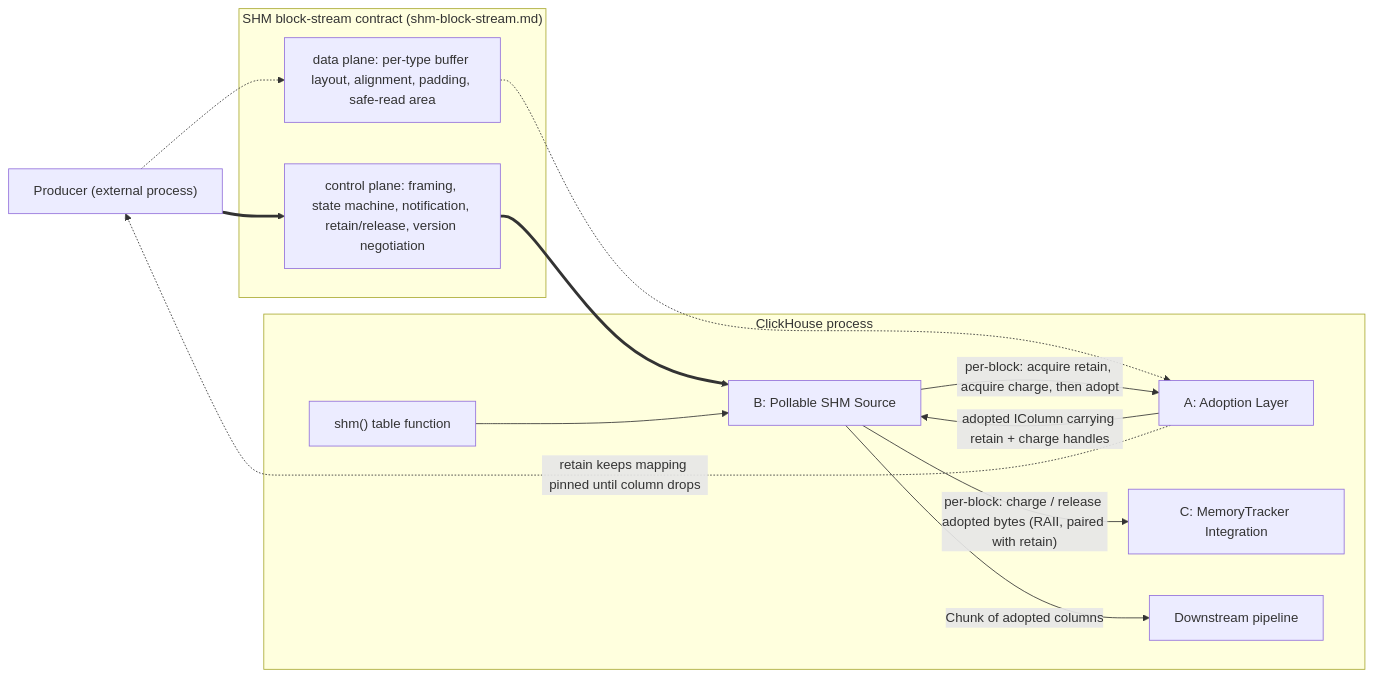
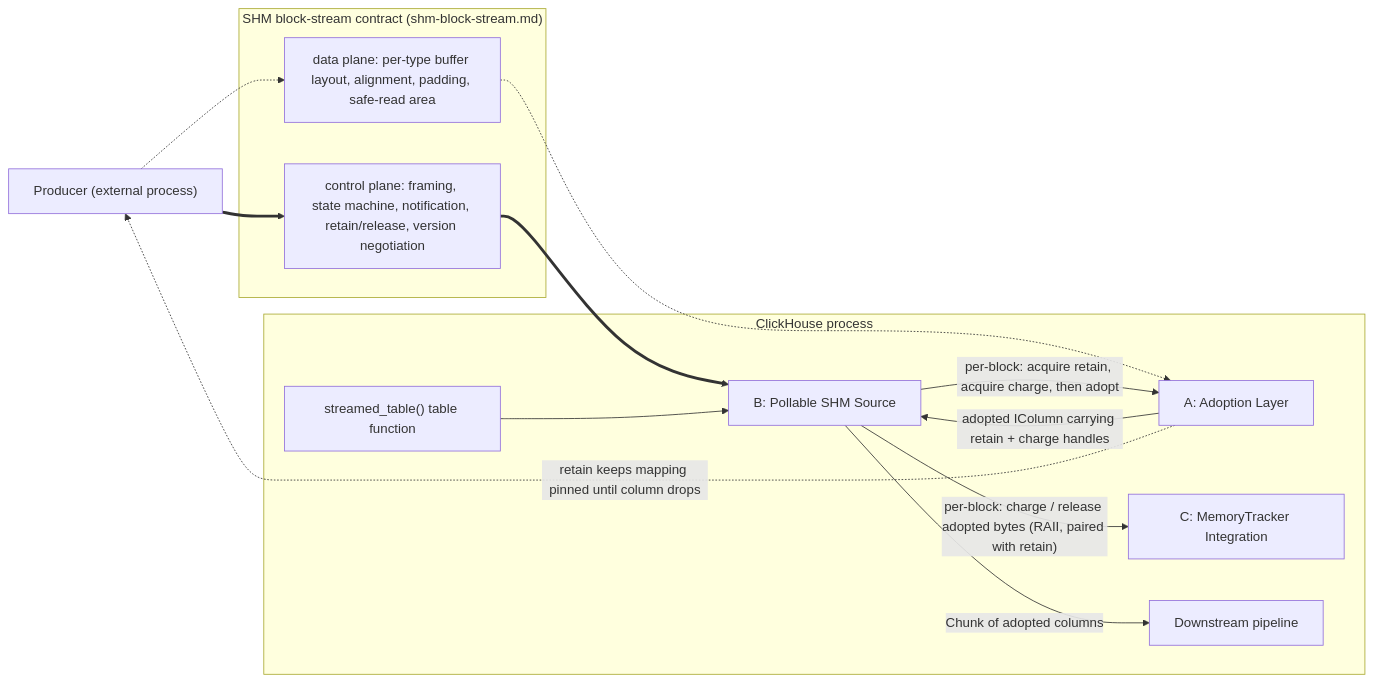
Before and after one commit to harikrishnan94/ClickHouse: the diagram in docs/en/streamed_table/specs/system-spec.md, drawn with Mermaid. The commit also changed other lines of this file and 21 other files, not shown here.

````diff
--- a/docs/en/streamed_table/specs/system-spec.md
+++ b/docs/en/streamed_table/specs/system-spec.md
@@ -30,25 +30,25 @@
 ```mermaid
 flowchart LR
     Producer["Producer (external process)"]
     subgraph Wire ["SHM block-stream contract (shm-block-stream.md)"]
         ControlPlane["control plane: framing, state machine, notification, retain/release, version negotiation"]
         DataPlane["data plane: per-type buffer layout, alignment, padding, safe-read area"]
     end
     subgraph CH ["ClickHouse process"]
-        TableFn["shm() table function"]
+        TableFn["streamed_table() table function"]
         Source["B: Pollable SHM Source"]
         Adopt["A: Adoption Layer"]
         Tracker["C: MemoryTracker Integration"]
         Pipeline["Downstream pipeline"]
     end
     Producer ==> ControlPlane
     Producer -.-> DataPlane
     ControlPlane ==> Source
     DataPlane -.-> Adopt
     TableFn --> Source
     Source -->|"per-block: acquire retain, acquire charge, then adopt"| Adopt
     Adopt -->|"adopted IColumn carrying retain + charge handles"| Source
     Source -->|"per-block: charge / release adopted bytes (RAII, paired with retain)"| Tracker
     Source -->|"Chunk of adopted columns"| Pipeline
     Adopt -.->|"retain keeps mapping pinned until column drops"| Producer
 ```
````
